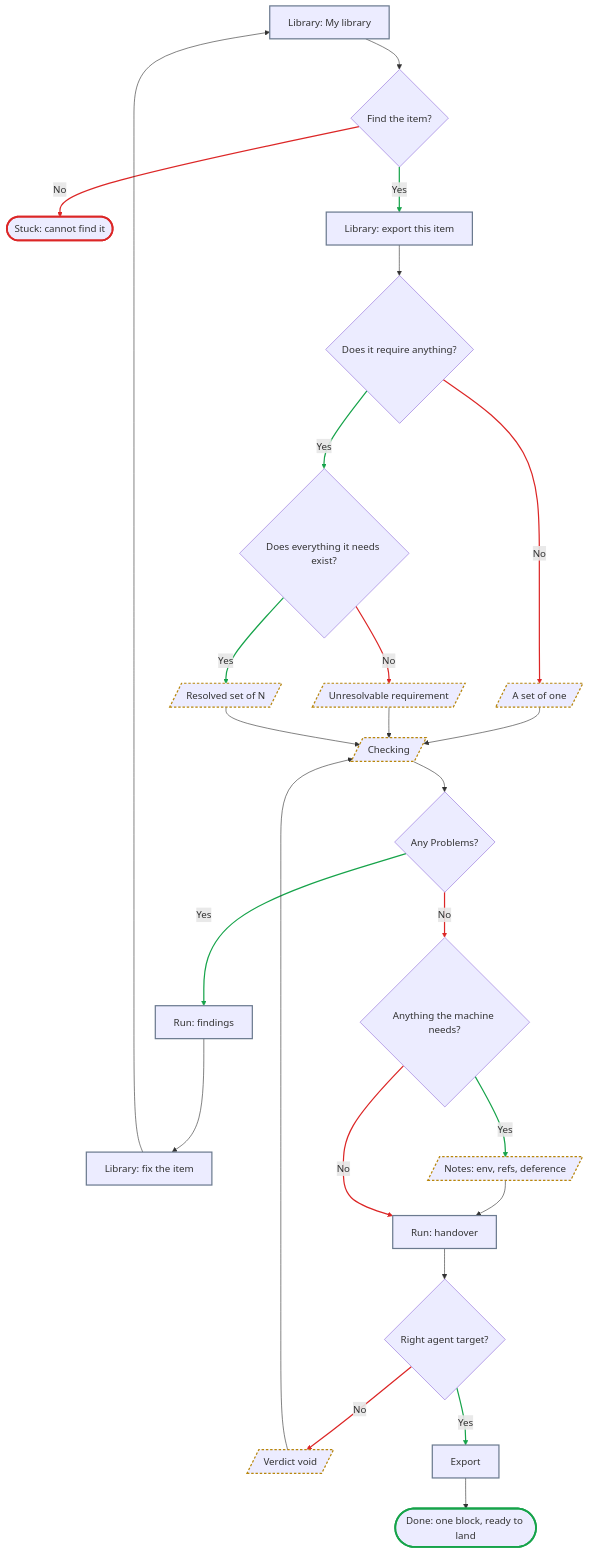
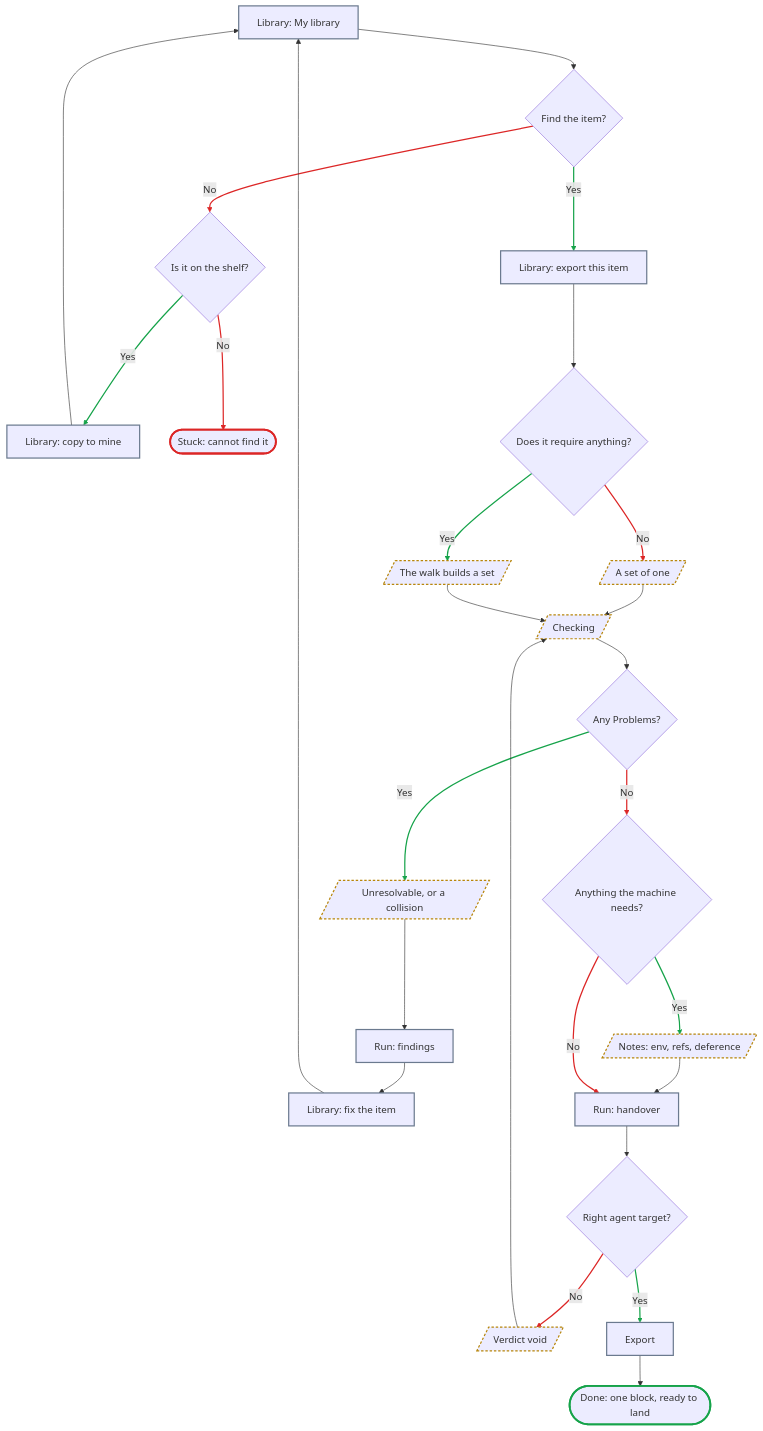
Before and after one commit to RomanUserExpert/ai-stack-builder: the second of 8 diagrams in 03-information-architecture/flows.md, drawn with Mermaid. The commit also changed other lines of this file and 5 other files, not shown here.

````diff
--- a/03-information-architecture/flows.md
+++ b/03-information-architecture/flows.md
@@ -197,37 +245,39 @@
 ```mermaid
 flowchart TD
     A["Library: My library"] --> B{"Find the item?"}
-    B -->|"No"| C(["Stuck: cannot find it"])
+    B -->|"No"| B2{"Is it on the shelf?"}
+    B2 -->|"Yes"| B3["Library: copy to mine"]
+    B3 --> A
+    B2 -->|"No"| C(["Stuck: cannot find it"])
     B -->|"Yes"| D["Library: export this item"]
     D --> E{"Does it require anything?"}
     E -->|"No"| F[/"A set of one"/]
-    E -->|"Yes"| G{"Does everything it needs exist?"}
-    G -->|"No"| H[/"Unresolvable requirement"/]
-    G -->|"Yes"| I[/"Resolved set of N"/]
-    F --> J[/"Checking"/]
-    H --> J
-    I --> J
-    J --> K{"Any Problems?"}
-    K -->|"Yes"| L["Run: findings"]
-    L --> M["Library: fix the item"]
-    M --> A
-    K -->|"No"| N{"Anything the machine needs?"}
-    N -->|"Yes"| O[/"Notes: env, refs, deference"/]
-    O --> P["Run: handover"]
-    N -->|"No"| P
-    P --> Q{"Right agent target?"}
-    Q -->|"No"| R[/"Verdict void"/]
-    R --> J
-    Q -->|"Yes"| S["Export"]
-    S --> T(["Done: one block, ready to land"])
+    E -->|"Yes"| G[/"The walk builds a set"/]
+    F --> H[/"Checking"/]
+    G --> H
+    H --> I{"Any Problems?"}
+    I -->|"Yes"| J[/"Unresolvable, or a collision"/]
+    J --> K["Run: findings"]
+    K --> L["Library: fix the item"]
+    L --> A
+    I -->|"No"| M{"Anything the machine needs?"}
+    M -->|"Yes"| N[/"Notes: env, refs, deference"/]
+    N --> O["Run: handover"]
+    M -->|"No"| O
+    O --> P{"Right agent target?"}
+    P -->|"No"| Q[/"Verdict void"/]
+    Q --> H
+    P -->|"Yes"| R["Export"]
+    R --> S(["Done: one block, ready to land"])
     classDef screen stroke:#6b7a8f,stroke-width:2px
     classDef state stroke:#b8860b,stroke-width:2px,stroke-dasharray:4 3
     classDef win stroke:#16a34a,stroke-width:3px
+    classDef cost stroke:#b8860b,stroke-width:3px
     classDef dead stroke:#dc2626,stroke-width:3px
-    linkStyle 2,5,7,12,16,22 stroke:#16a34a,stroke-width:2px
-    linkStyle 1,4,6,15,18,20 stroke:#dc2626,stroke-width:2px
-    class A,D,L,M,P,S screen
-    class F,H,I,J,O,R state
-    class T win
+    linkStyle 2,5,8,12,17,23 stroke:#16a34a,stroke-width:2px
+    linkStyle 1,4,7,16,19,21 stroke:#dc2626,stroke-width:2px
+    class A,B3,D,K,L,O,R screen
+    class F,G,H,J,N,Q state
+    class S win
     class C dead
 ```
````
